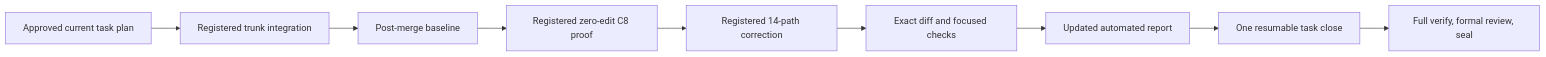
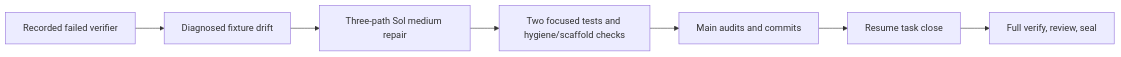
One commit to ismaeldoez7/symphony-forge changed the diagram in .factory/stories/FORGE-COORD-1/task-plans/NATIVE-FOREGROUND-ACTIVATE.md. Above: the diagram before and after it, drawn with Mermaid. The commit also changed other lines of this file and 9 other files, not shown here.

Commit message:
docs: bound native closeout fixture repair

````diff
--- a/.factory/stories/FORGE-COORD-1/task-plans/NATIVE-FOREGROUND-ACTIVATE.md
+++ b/.factory/stories/FORGE-COORD-1/task-plans/NATIVE-FOREGROUND-ACTIVATE.md
@@ -77,11 +35,9 @@
 ```mermaid
 flowchart LR
-    A[Approved current task plan] --> B[Registered trunk integration]
-    B --> C[Post-merge baseline]
-    C --> D[Registered zero-edit C8 proof]
-    D --> E[Registered 14-path correction]
-    E --> F[Exact diff and focused checks]
-    F --> G[Updated automated report]
-    G --> H[One resumable task close]
-    H --> I[Full verify, formal review, seal]
+    A[Recorded failed verifier] --> B[Diagnosed fixture drift]
+    B --> C[Three-path Sol medium repair]
+    C --> D[Two focused tests and hygiene/scaffold checks]
+    D --> E[Main audits and commits]
+    E --> F[Resume task close]
+    F --> G[Full verify, review, seal]
 ```
````
